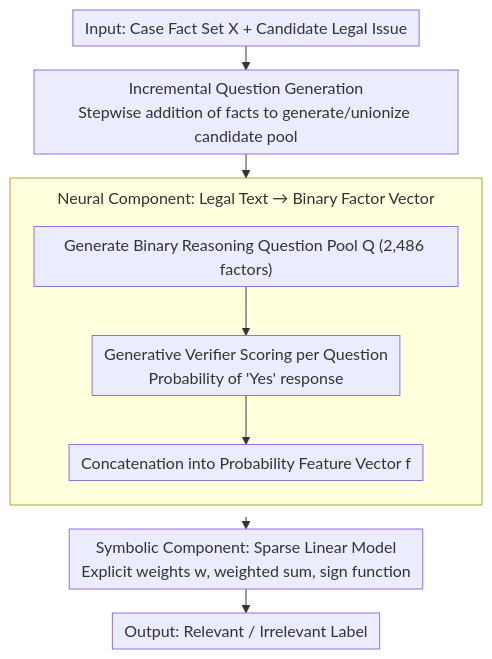
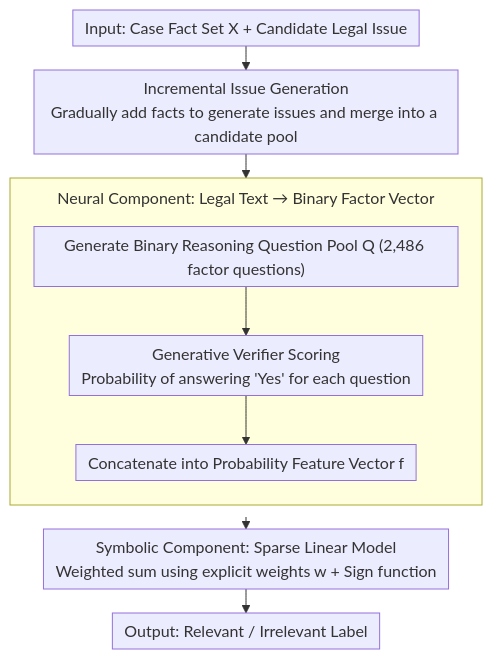
The diagram in docs/ACL2026/llm_reasoning/leprec_reasoning_as_classification_over_structured_factors_for_assessing_relevan.md (zhaoyang97/Paper-Notes-en), drawn with Mermaid before and after one commit. The commit also changed other lines of this file and 5084 other files, not shown here.

````diff
--- a/docs/ACL2026/llm_reasoning/leprec_reasoning_as_classification_over_structured_factors_for_assessing_relevan.md
+++ b/docs/ACL2026/llm_reasoning/leprec_reasoning_as_classification_over_structured_factors_for_assessing_relevan.md
@@ -44,13 +44,13 @@
 ```mermaid
 %%{init: {'flowchart': {'rankSpacing': 24, 'nodeSpacing': 28, 'padding': 6, 'wrappingWidth': 400, 'subGraphTitleMargin': {'top': 8, 'bottom': 16}}}}%%
 flowchart TD
-    A["Input: Case Fact Set X + Candidate Legal Issue"] --> B["Incremental Question Generation<br/>Stepwise addition of facts to generate/unionize candidate pool"]
+    A["Input: Case Fact Set X + Candidate Legal Issue"] --> B["Incremental Issue Generation<br/>Gradually add facts to generate issues and merge into a candidate pool"]
     subgraph NEU["Neural Component: Legal Text → Binary Factor Vector"]
         direction TB
-        C["Generate Binary Reasoning Question Pool Q (2,486 factors)"] --> D["Generative Verifier Scoring per Question<br/>Probability of 'Yes' response"]
-        D --> E["Concatenation into Probability Feature Vector f"]
+        C["Generate Binary Reasoning Question Pool Q (2,486 factor questions)"] --> D["Generative Verifier Scoring<br/>Probability of answering 'Yes' for each question"]
+        D --> E["Concatenate into Probability Feature Vector f"]
     end
     B --> C
-    NEU --> F["Symbolic Component: Sparse Linear Model<br/>Explicit weights w, weighted sum, sign function"]
+    NEU --> F["Symbolic Component: Sparse Linear Model<br/>Weighted sum using explicit weights w + Sign function"]
     F --> G["Output: Relevant / Irrelevant Label"]
 ```
````
